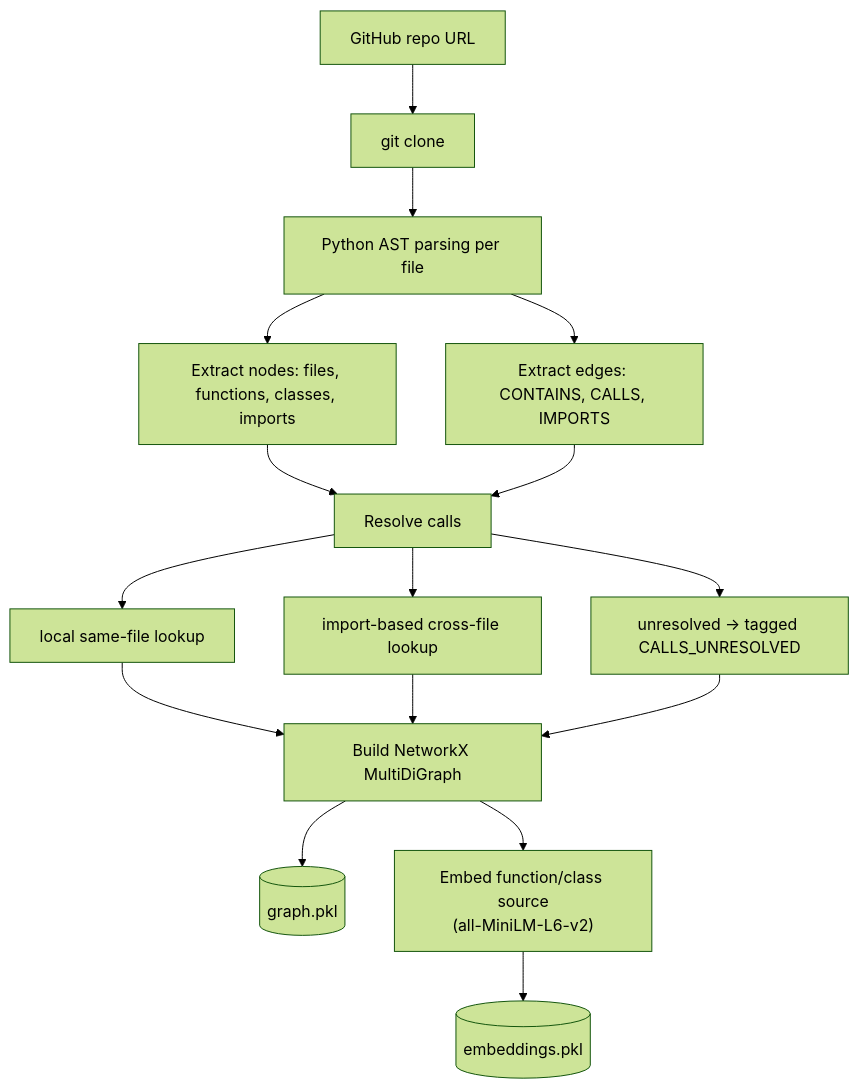
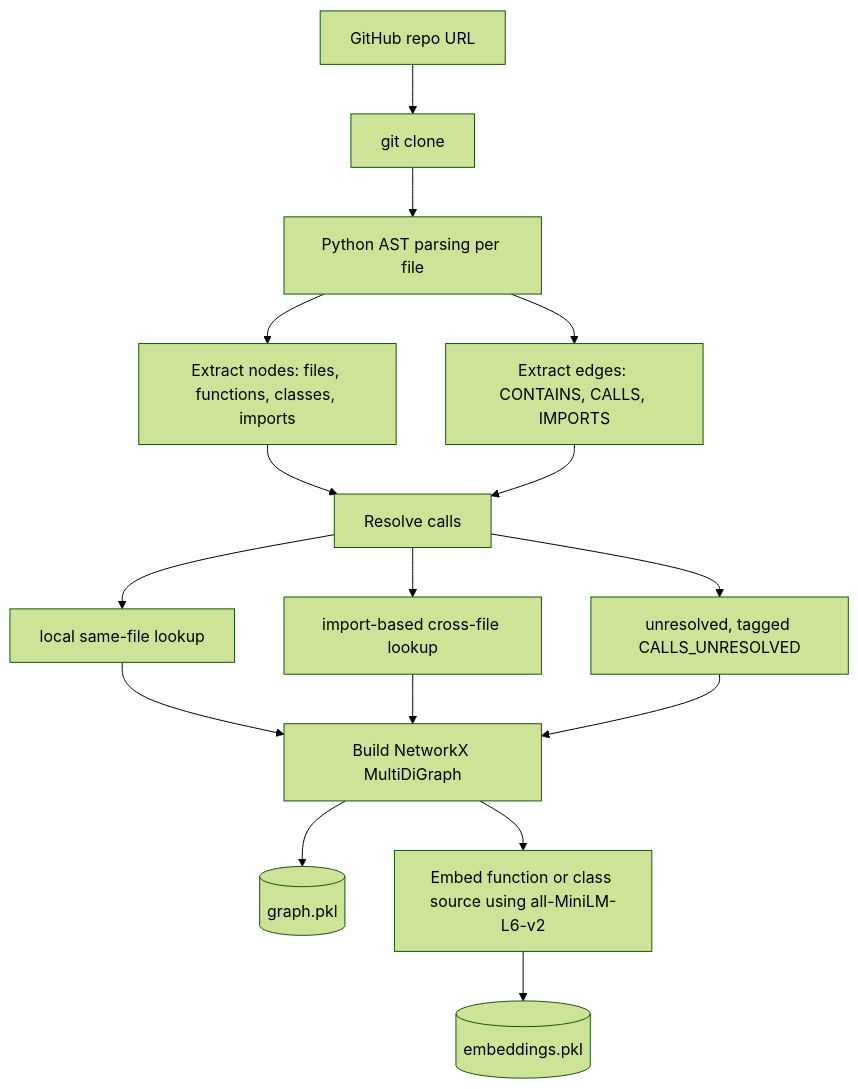
One commit to KhushiKeswani/repograph changed the first of 2 diagrams in README.md. Above: the diagram before and after it, drawn with Mermaid (forest theme). The commit also changed other lines of this file, not shown here.

````diff
--- a/README.md
+++ b/README.md
@@ -29,18 +29,18 @@
 ```mermaid
 flowchart TD
     A[GitHub repo URL] --> B[git clone]
     B --> C[Python AST parsing per file]
-    C --> D["Extract nodes: files, functions, classes, imports"]
-    C --> E["Extract edges: CONTAINS, CALLS, IMPORTS"]
+    C --> D[Extract nodes: files, functions, classes, imports]
+    C --> E[Extract edges: CONTAINS, CALLS, IMPORTS]
     D --> F[Resolve calls]
     E --> F
-    F --> F1["local same-file lookup"]
-    F --> F2["import-based cross-file lookup"]
-    F --> F3["unresolved → tagged CALLS_UNRESOLVED"]
-    F1 --> G["Build NetworkX MultiDiGraph"]
+    F --> F1[local same-file lookup]
+    F --> F2[import-based cross-file lookup]
+    F --> F3[unresolved, tagged CALLS_UNRESOLVED]
+    F1 --> G[Build NetworkX MultiDiGraph]
     F2 --> G
     F3 --> G
     G --> H[(graph.pkl)]
-    G --> I["Embed function/class source\n(all-MiniLM-L6-v2)"]
+    G --> I[Embed function or class source using all-MiniLM-L6-v2]
     I --> J[(embeddings.pkl)]
 ```
````
